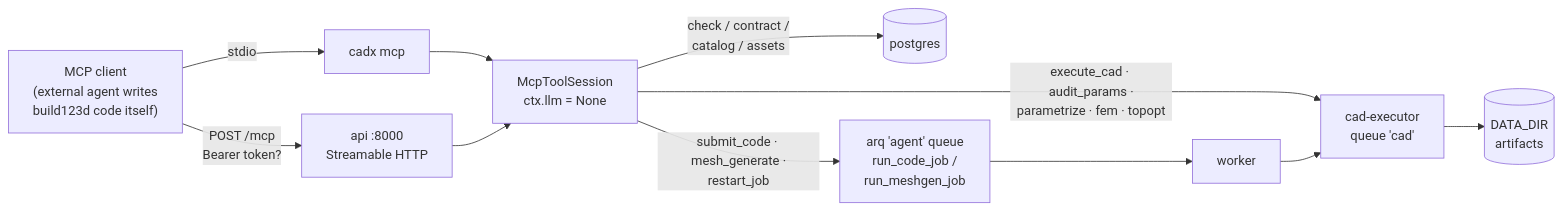
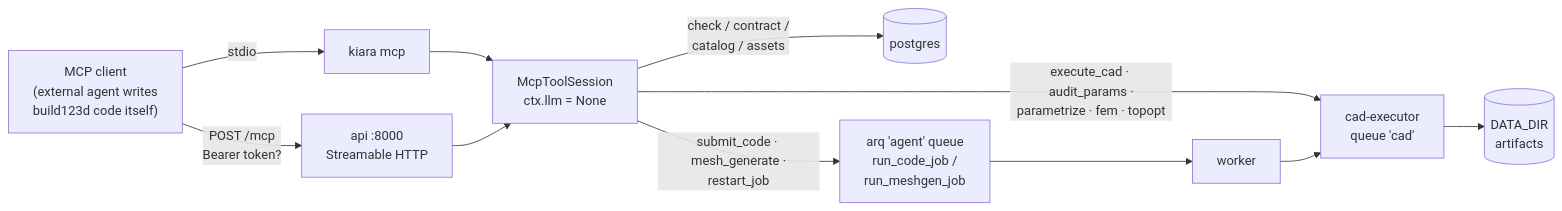
The diagram in docs/mcp-server.md (maxk2222/cadx), drawn with Mermaid before and after one commit. The commit also changed other lines of this file and 105 other files, not shown here.

````diff
--- a/docs/mcp-server.md
+++ b/docs/mcp-server.md
@@ -49,14 +49,14 @@
 ```mermaid
 flowchart LR
     C["MCP client<br/>(external agent writes<br/>build123d code itself)"]
-    C -->|"stdio"| CLI["cadx mcp"]
+    C -->|"stdio"| CLI["kiara mcp"]
     C -->|"POST /mcp<br/>Bearer token?"| HTTP["api :8000<br/>Streamable HTTP"]
     CLI --> S["McpToolSession<br/>ctx.llm = None"]
     HTTP --> S
     S -->|"check / contract /<br/>catalog / assets"| DB[("postgres")]
     S -->|"execute_cad · audit_params ·<br/>parametrize · fem · topopt"| X["cad-executor<br/>queue 'cad'"]
     S -->|"submit_code · mesh_generate ·<br/>restart_job"| Q["arq 'agent' queue<br/>run_code_job /<br/>run_meshgen_job"]
     Q --> W["worker"]
     W --> X
     X --> ART[("DATA_DIR<br/>artifacts")]
 ```
````
